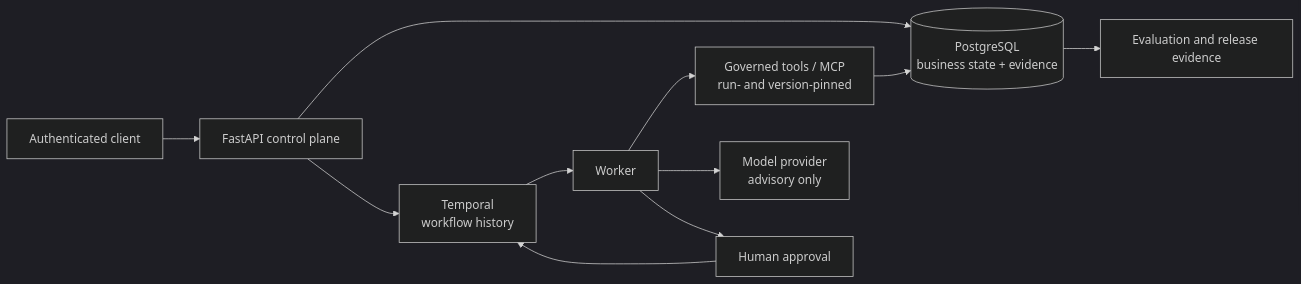
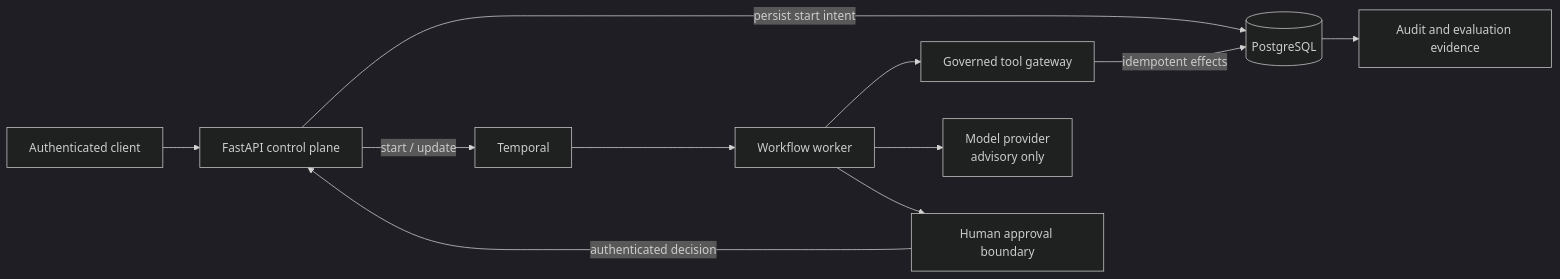
The first of 2 diagrams in README.md (kabbersokhi-boop/agents-should-survive-failure), drawn with Mermaid (dark theme) before and after one commit. The commit also changed other lines of this file and 10 other files, not shown here.

````diff
--- a/README.md
+++ b/README.md
@@ -83,13 +65,13 @@
 ```mermaid
 flowchart LR
-    Client[Authenticated client] --> API[FastAPI control plane]
-    API --> DB[(PostgreSQL\nbusiness state + evidence)]
-    API --> T[Temporal\nworkflow history]
-    T --> W[Worker]
-    W --> G[Governed tools / MCP\nrun- and version-pinned]
-    W --> M[Model provider\nadvisory only]
-    W --> H[Human approval]
-    G --> DB
-    H --> T
-    DB --> E[Evaluation and release evidence]
+    C[Authenticated client] --> A[FastAPI control plane]
+    A -->|persist start intent| P[(PostgreSQL)]
+    A -->|start / update| T[Temporal]
+    T --> W[Workflow worker]
+    W --> G[Governed tool gateway]
+    W --> M[Model provider<br/>advisory only]
+    W --> H[Human approval boundary]
+    G -->|idempotent effects| P
+    H -->|authenticated decision| A
+    P --> E[Audit and evaluation evidence]
 ```
````
